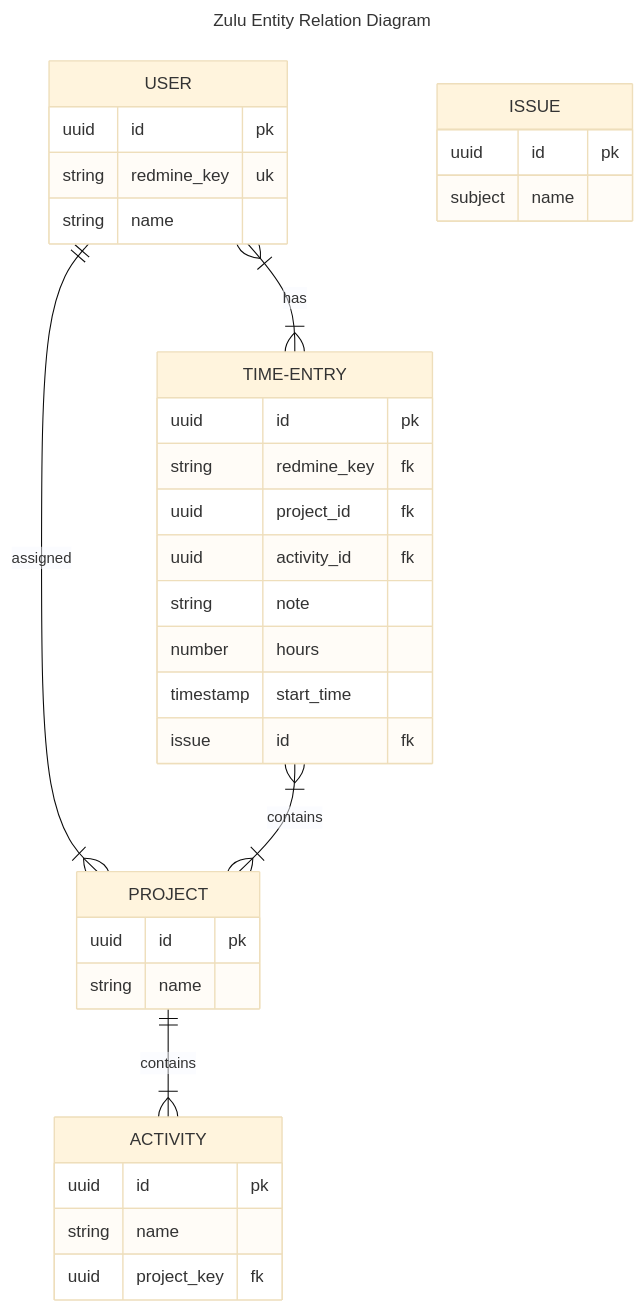
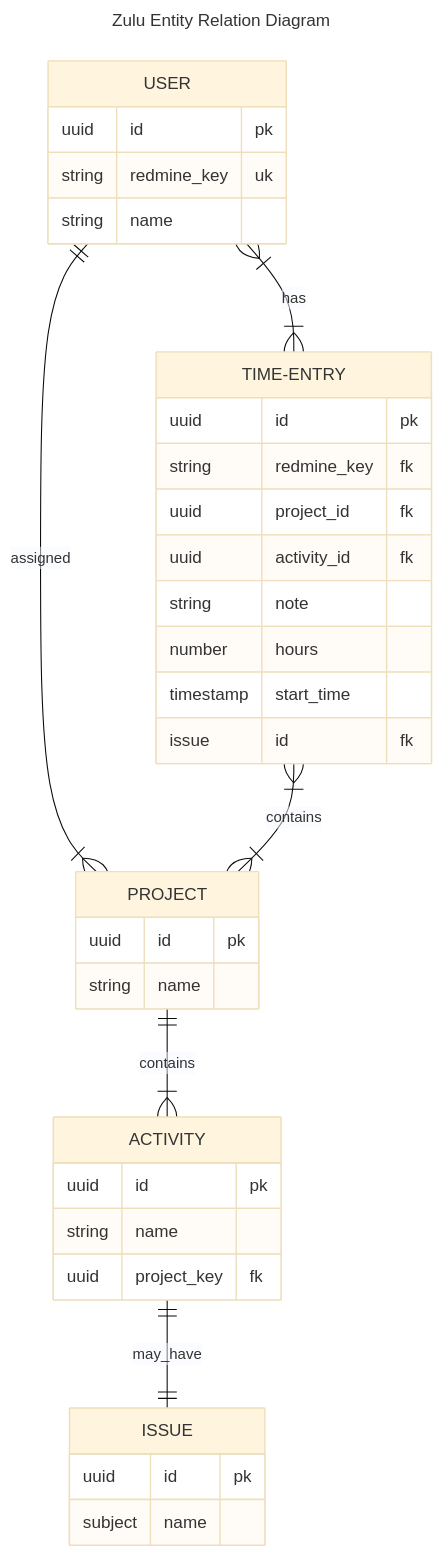
The diagram in README.md (teamairship/zulu-expo-rn-legenstate), drawn with Mermaid (base theme) before and after one commit.

Commit message:
adding link to chart

````diff
--- a/README.md
+++ b/README.md
@@ -3,43 +3,44 @@
 ```mermaid
 ---
 title: Zulu Entity Relation Diagram
 ---
 erDiagram
     USER ||--|{ PROJECT : assigned
     PROJECT ||--|{ ACTIVITY : contains
     USER }|--|{ TIME-ENTRY : has
     TIME-ENTRY }|--|{ PROJECT : contains
+    ACTIVITY ||--|| ISSUE : may_have
 
     USER {
       uuid id pk
       string redmine_key uk
       string name
     }
 
     PROJECT {
       uuid id pk
       string name
     }
 
     ISSUE {
       uuid id pk
       subject name
     }
 
     ACTIVITY {
       uuid id pk
       string name
       uuid project_key fk
     }
 
     TIME-ENTRY {
       uuid id pk
       string redmine_key fk
       uuid project_id fk
       uuid activity_id fk
       string note
       number hours
       timestamp start_time
       issue id fk
     }
 ```
````
